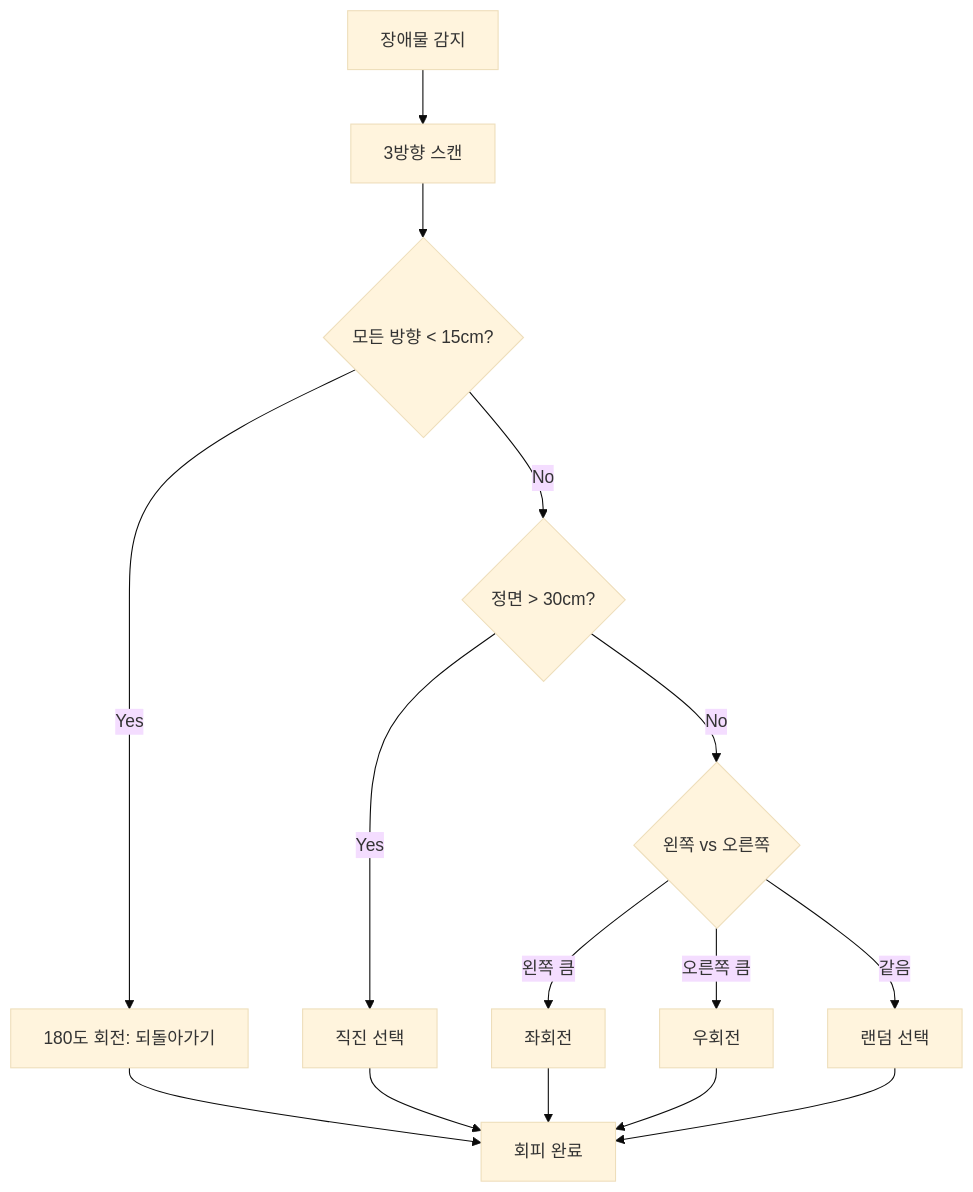
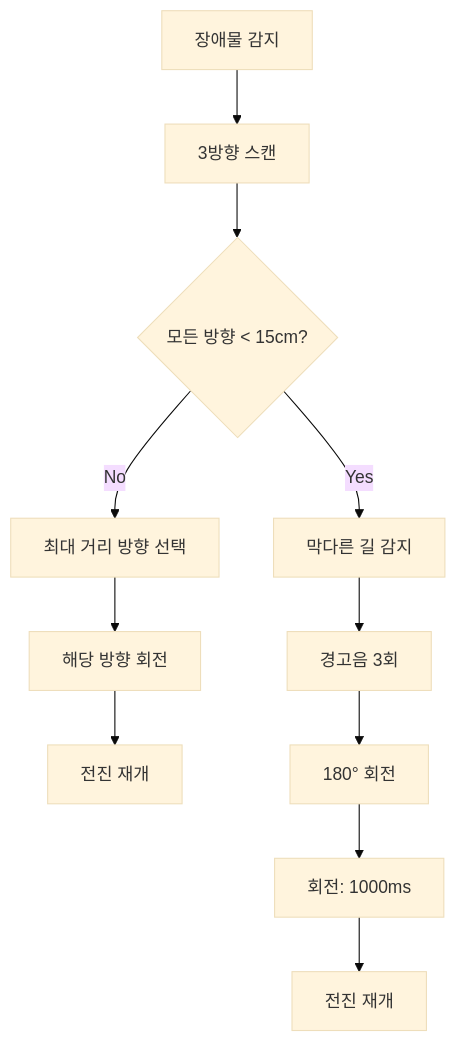
One commit to Collegenie-X/Arduino_AutoPlot changed diagram 13 of 20 in document/algorithms_flowchart.md. Above: the diagram before and after it, drawn with Mermaid (base theme). The commit also changed other lines of this file and 3 other files, not shown here.

````diff
--- a/document/algorithms_flowchart.md
+++ b/document/algorithms_flowchart.md
@@ -283,18 +361,15 @@
 ```mermaid
 flowchart TD
     A[장애물 감지] --> B[3방향 스캔]
     B --> C{모든 방향 < 15cm?}
-    C -->|Yes| D[180도 회전: 되돌아가기]
-    C -->|No| E{정면 > 30cm?}
-    E -->|Yes| F[직진 선택]
-    E -->|No| G{왼쪽 vs 오른쪽}
-    G -->|왼쪽 큼| H[좌회전]
-    G -->|오른쪽 큼| I[우회전]
-    G -->|같음| J[랜덤 선택]
     
-    D --> K[회피 완료]
-    F --> K
-    H --> K
-    I --> K
-    J --> K
+    C -->|No| D[최대 거리 방향 선택]
+    D --> E[해당 방향 회전]
+    E --> F[전진 재개]
+    
+    C -->|Yes| G[막다른 길 감지]
+    G --> H[경고음 3회]
+    H --> I[180° 회전]
+    I --> J[회전: 1000ms]
+    J --> K[전진 재개]
 ```
````
